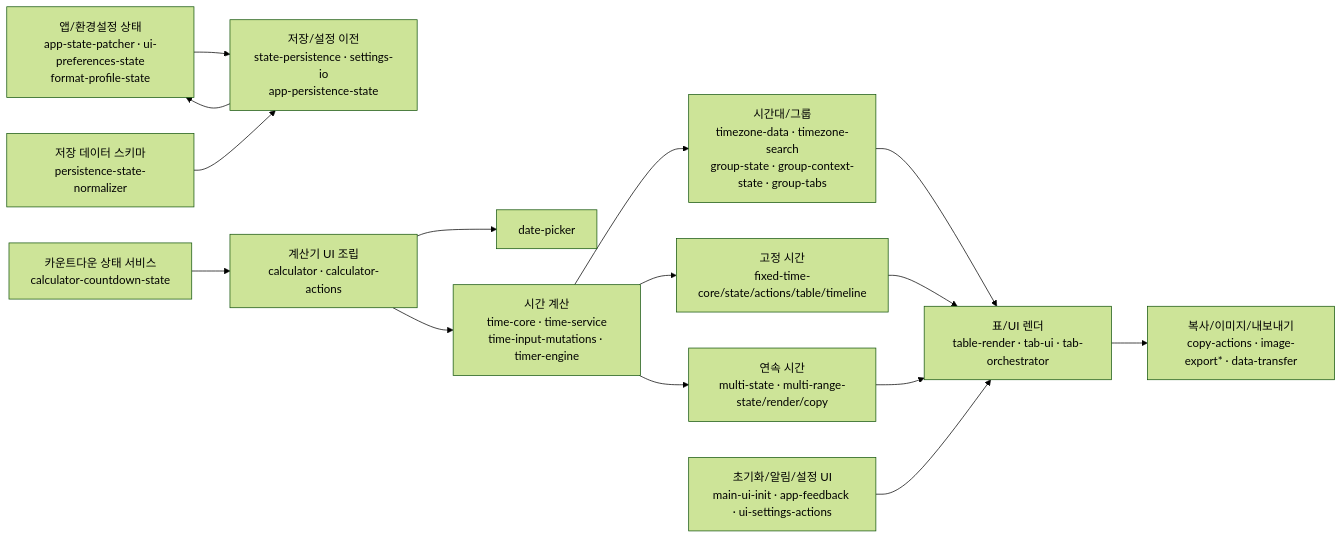
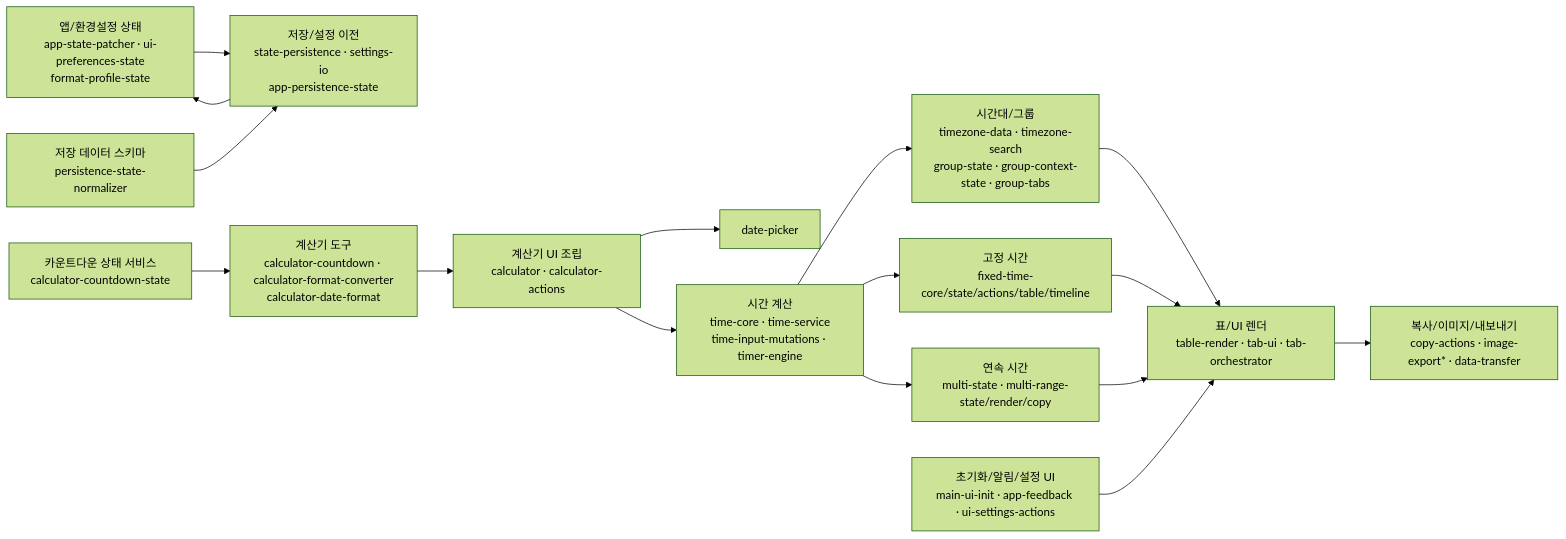
One commit to destinycase/GlobalTimeViewer changed the third of 3 diagrams in docs/module-relationship-map.md. Above: the diagram before and after it, drawn with Mermaid (forest theme). The commit also changed other lines of this file and 16 other files, not shown here.

First line of the commit message:
refactor: split calculator.js into date-format, countdown and format-converter modules in v3.12.15

````diff
--- a/docs/module-relationship-map.md
+++ b/docs/module-relationship-map.md
@@ -67,17 +67,18 @@
 ```mermaid
 flowchart LR
     TIME["시간 계산\ntime-core · time-service\ntime-input-mutations · timer-engine"] --> TZ["시간대/그룹\ntimezone-data · timezone-search\ngroup-state · group-context-state · group-tabs"]
     TIME --> FIXED["고정 시간\nfixed-time-core/state/actions/table/timeline"]
     TIME --> MULTI["연속 시간\nmulti-state · multi-range-state/render/copy"]
     TZ --> TABLE["표/UI 렌더\ntable-render · tab-ui · tab-orchestrator"]
     FIXED --> TABLE
     MULTI --> TABLE
     TABLE --> COPY["복사/이미지/내보내기\ncopy-actions · image-export* · data-transfer"]
     STATE["앱/환경설정 상태\napp-state-patcher · ui-preferences-state\nformat-profile-state"] --> PERSIST["저장/설정 이전\nstate-persistence · settings-io\napp-persistence-state"]
     PERSIST --> STATE
     SCHEMA["저장 데이터 스키마\npersistence-state-normalizer"] --> PERSIST
-    CALCSTATE["카운트다운 상태 서비스\ncalculator-countdown-state"] --> CALCUI["계산기 UI 조립\ncalculator · calculator-actions"]
+    CALCSTATE["카운트다운 상태 서비스\ncalculator-countdown-state"] --> CALCTOOLS["계산기 도구\ncalculator-countdown · calculator-format-converter\ncalculator-date-format"]
+    CALCTOOLS --> CALCUI["계산기 UI 조립\ncalculator · calculator-actions"]
     CALCUI --> DATEPICKER["date-picker"]
     CALCUI --> TIME
     UI["초기화/알림/설정 UI\nmain-ui-init · app-feedback · ui-settings-actions"] --> TABLE
 ```
````
